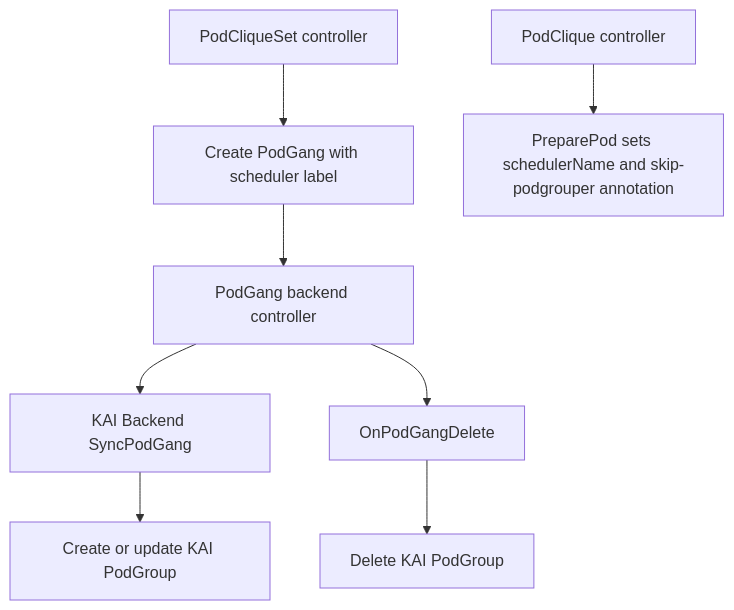
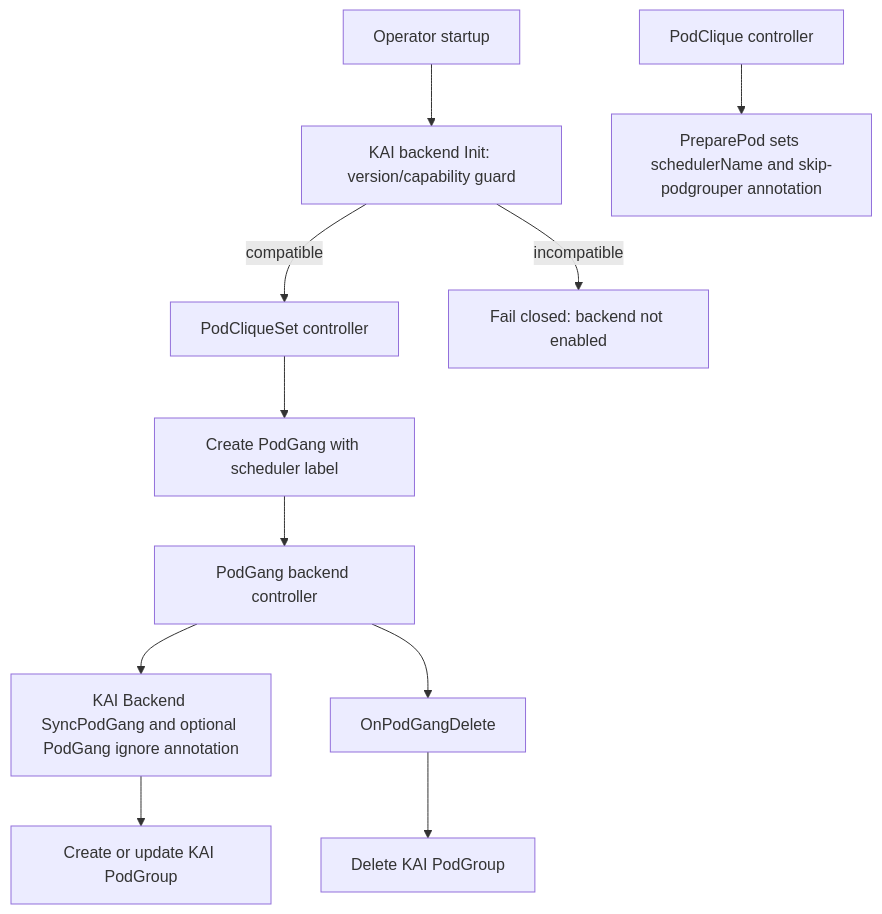
Before and after one commit to daisy-ycguo/grove: the diagram in docs/proposals/525-KAI-Scheduler-Backend/README.md, drawn with Mermaid. The commit also changed other lines of this file, not shown here.

````diff
--- a/docs/proposals/525-KAI-Scheduler-Backend/README.md
+++ b/docs/proposals/525-KAI-Scheduler-Backend/README.md
@@ -107,10 +153,13 @@
 ```mermaid
 flowchart TD
+    A[Operator startup] --> B[KAI backend Init: version/capability guard]
+    B -->|compatible| G[PodCliqueSet controller]
+    B -->|incompatible| X[Fail closed: backend not enabled]
     G[PodCliqueSet controller] --> H[Create PodGang with scheduler label]
     I[PodClique controller] --> J[PreparePod sets schedulerName and skip-podgrouper annotation]
     H --> K[PodGang backend controller]
-    K --> L[KAI Backend SyncPodGang]
+    K --> L[KAI Backend SyncPodGang and optional PodGang ignore annotation]
     L --> M[Create or update KAI PodGroup]
     K --> O[OnPodGangDelete]
     O --> P[Delete KAI PodGroup]
 ```
````
